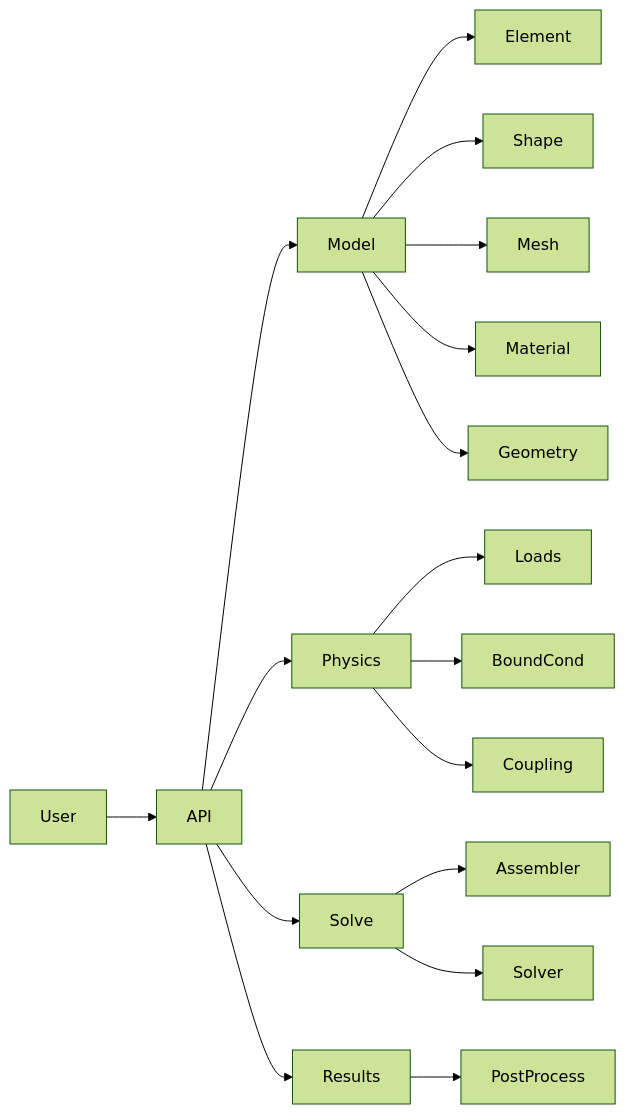
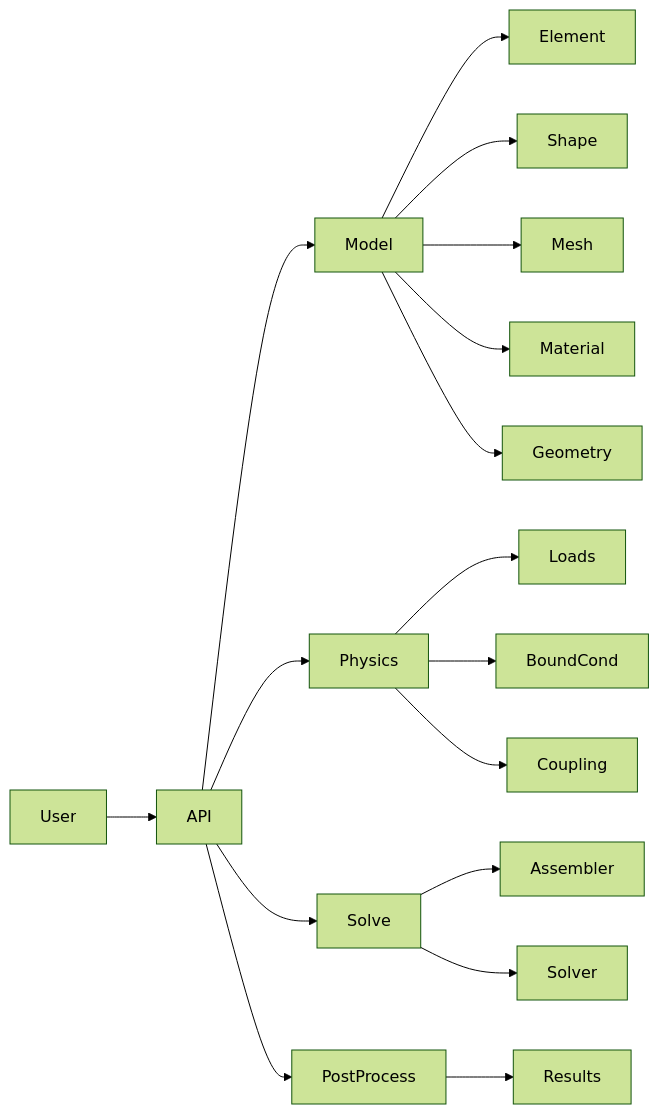
The fourth of 4 diagrams in docs/user_manual.md (avgcampos/myfempy), drawn with Mermaid (forest theme) before and after one commit. The commit also changed 70 other files, not shown here.

````diff
--- a/docs/user_manual.md
+++ b/docs/user_manual.md
@@ -75,23 +75,23 @@
 ```mermaid
 graph LR
 User --> API
 API --> Model
 API --> Physics
 API --> Solve
-API --> Results
+API --> PostProcess
 
 Model --> Element
 Model --> Shape
 Model --> Mesh
 Model --> Material
 Model --> Geometry
 
 Physics --> Loads
 Physics --> BoundCond
 Physics --> Coupling
 
-Results --> PostProcess
+PostProcess --> Results
 
 Solve --> Assembler
 Solve --> Solver
 ```
````
